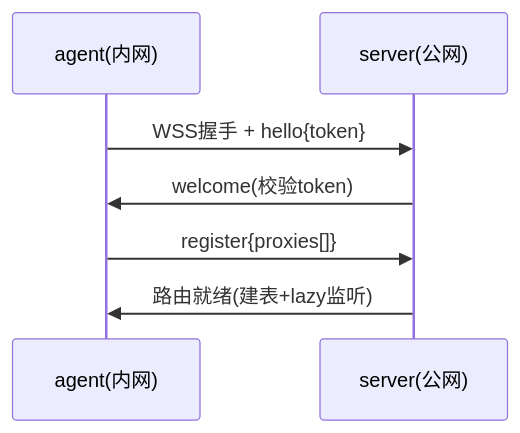
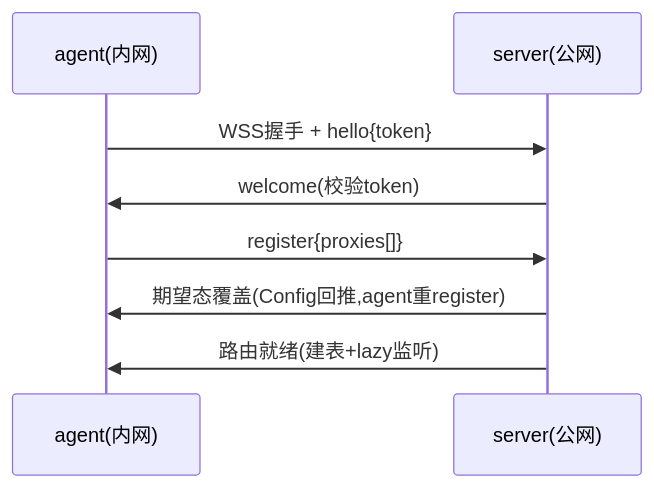
One commit to kkito/neutrino changed the second of 5 diagrams in docs/architecture.md. Above: the diagram before and after it, drawn with Mermaid. The commit also changed other lines of this file and 4 other files, not shown here.

````diff
--- a/docs/architecture.md
+++ b/docs/architecture.md
@@ -69,9 +75,10 @@
 ```mermaid
 sequenceDiagram
     participant AG as agent(内网)
     participant SR as server(公网)
     AG->>SR: WSS握手 + hello{token}
     SR->>AG: welcome(校验token)
     AG->>SR: register{proxies[]}
+    SR->>AG: 期望态覆盖(Config回推,agent重register)
     SR->>AG: 路由就绪(建表+lazy监听)
 ```
````
